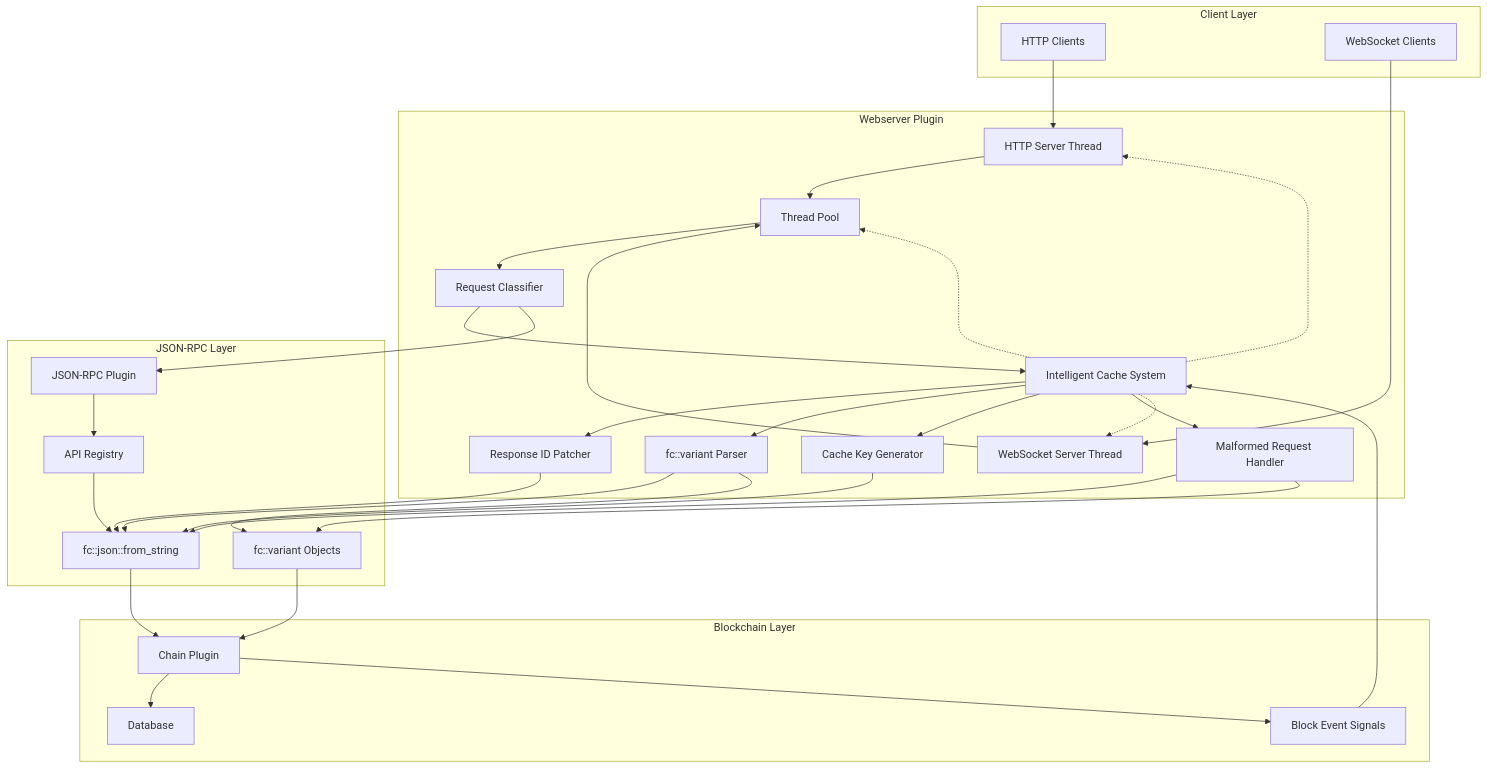
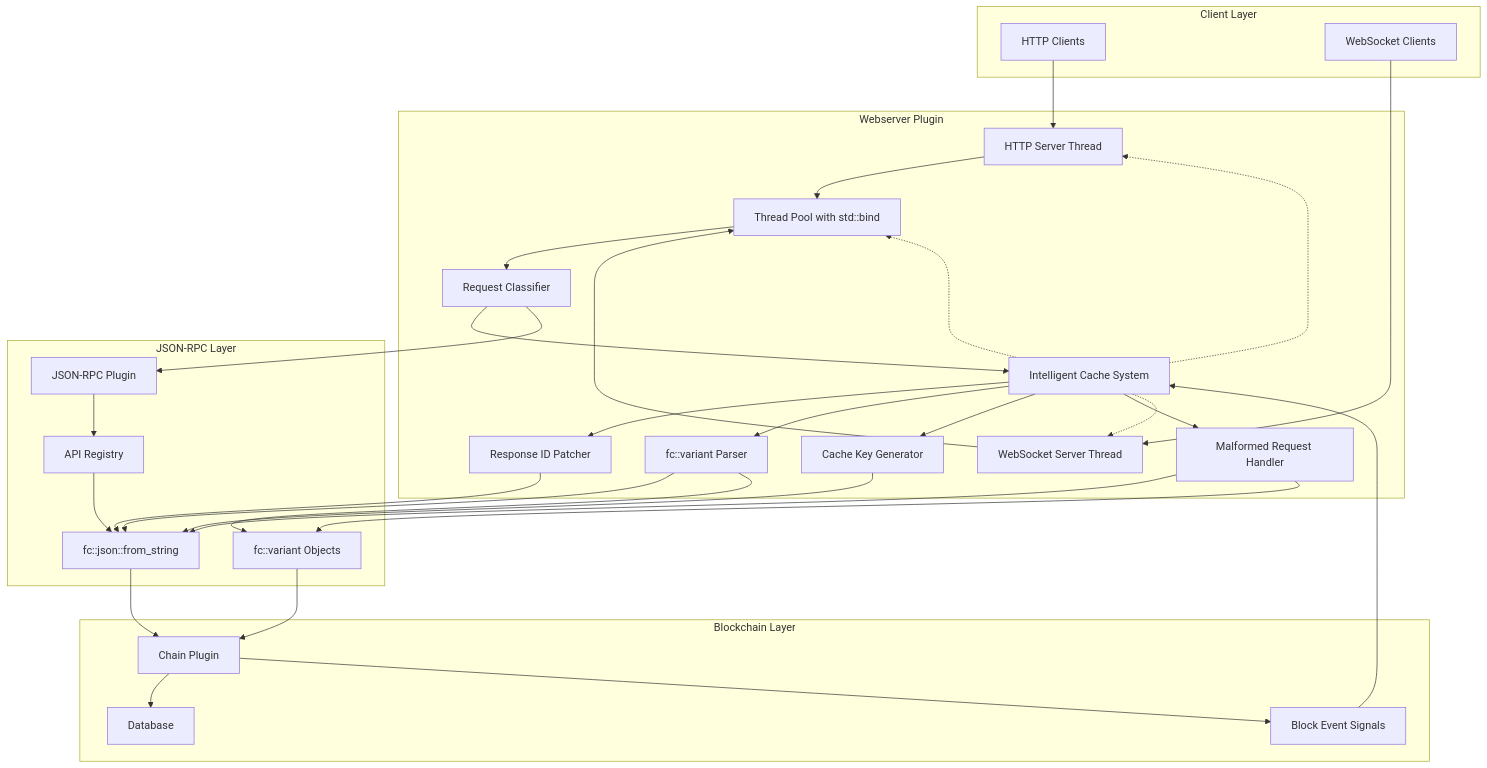
Before and after one commit to VIZ-Blockchain/viz-cpp-node: the second of 13 diagrams in .qoder/repowiki/en/content/Webserver Plugin.md, drawn with Mermaid. The commit also changed other lines of this file and 7 other files, not shown here.

````diff
--- a/.qoder/repowiki/en/content/Webserver Plugin.md
+++ b/.qoder/repowiki/en/content/Webserver Plugin.md
@@ -100,56 +101,56 @@
 ```mermaid
 graph TB
 subgraph "Client Layer"
 A[HTTP Clients]
 B[WebSocket Clients]
 end
 subgraph "Webserver Plugin"
 C[HTTP Server Thread]
 D[WebSocket Server Thread]
-E[Thread Pool]
+E[Thread Pool with std::bind]
 F[Intelligent Cache System]
 G[Request Classifier]
 H[fc::variant Parser]
 I[Response ID Patcher]
 J[Cache Key Generator]
 K[Malformed Request Handler]
 end
 subgraph "JSON-RPC Layer"
 L[JSON-RPC Plugin]
 M[API Registry]
 N[fc::json::from_string]
 O[fc::variant Objects]
 end
 subgraph "Blockchain Layer"
 P[Chain Plugin]
 Q[Database]
 R[Block Event Signals]
 end
 A --> C
 B --> D
 C --> E
 D --> E
 E --> G
 G --> F
 F --> I
 F --> H
 F --> J
 F --> K
 H --> N
 H --> O
 I --> N
 J --> N
 K --> N
 K --> O
 F -.-> C
 F -.-> D
 F -.-> E
 G --> L
 L --> M
 M --> N
 N --> P
 O --> P
 P --> Q
 P --> R
 R --> F
 ```
````
